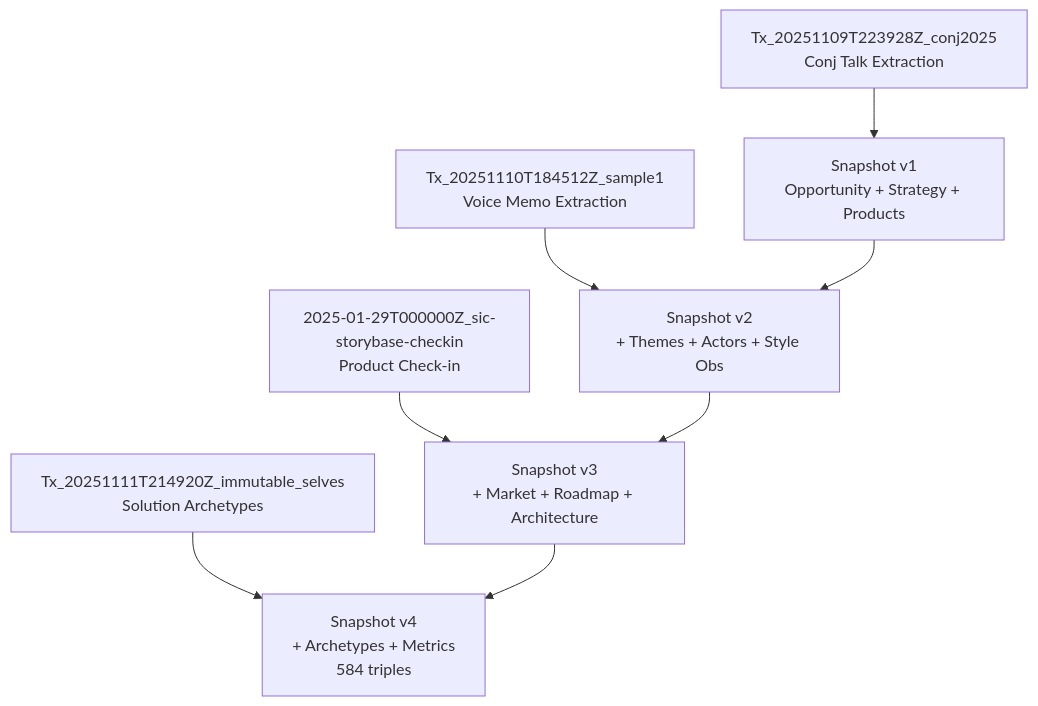
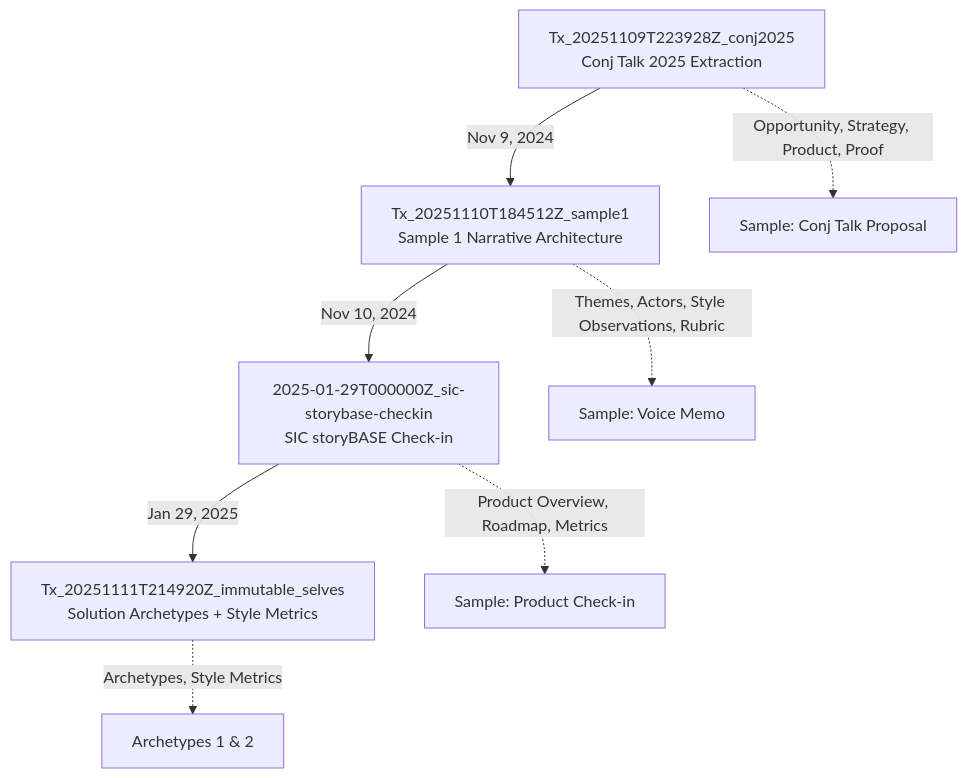
The first of 2 diagrams in README.md (Synthetic-Identity-Co/conj-talk-2025), drawn with Mermaid before and after one commit. The commit also changed other lines of this file, not shown here.

Commit message:
story:  e1f04fe8bbb194573e5740d25a90b89bcaa75171

````diff
--- a/README.md
+++ b/README.md
@@ -146,11 +75,16 @@
 ```mermaid
 graph TD
-    A[Tx_20251109T223928Z_conj2025<br/>Conj Talk Extraction] --> B[Snapshot v1<br/>Opportunity + Strategy + Products]
-    C[Tx_20251110T184512Z_sample1<br/>Voice Memo Extraction] --> D[Snapshot v2<br/>+ Themes + Actors + Style Obs]
-    E[2025-01-29T000000Z_sic-storybase-checkin<br/>Product Check-in] --> F[Snapshot v3<br/>+ Market + Roadmap + Architecture]
-    G[Tx_20251111T214920Z_immutable_selves<br/>Solution Archetypes] --> H[Snapshot v4<br/>+ Archetypes + Metrics<br/>584 triples]
+    T1[Tx_20251109T223928Z_conj2025<br/>Conj Talk 2025 Extraction]
+    T2[Tx_20251110T184512Z_sample1<br/>Sample 1 Narrative Architecture]
+    T3[2025-01-29T000000Z_sic-storybase-checkin<br/>SIC storyBASE Check-in]
+    T4[Tx_20251111T214920Z_immutable_selves<br/>Solution Archetypes + Style Metrics]
     
-    B --> D
-    D --> F
-    F --> H
+    T1 -->|Nov 9, 2024| T2
+    T2 -->|Nov 10, 2024| T3
+    T3 -->|Jan 29, 2025| T4
+    
+    T1 -.->|Opportunity, Strategy, Product, Proof| S1[Sample: Conj Talk Proposal]
+    T2 -.->|Themes, Actors, Style Observations, Rubric| S2[Sample: Voice Memo]
+    T3 -.->|Product Overview, Roadmap, Metrics| S3[Sample: Product Check-in]
+    T4 -.->|Archetypes, Style Metrics| A[Archetypes 1 & 2]
 ```
````
